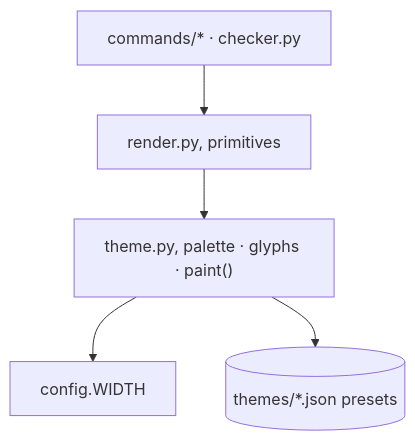
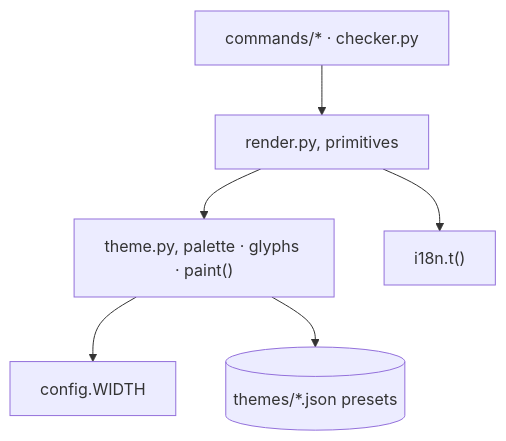
One commit to N041M/PyQuest changed the first of 4 diagrams in docs/diagrams/visuals.md. Above: the diagram before and after it, drawn with Mermaid. The commit also changed other lines of this file and 2 other files, not shown here.

Commit message:
render: absorb the theme swatch into the visual layer

````diff
--- a/docs/diagrams/visuals.md
+++ b/docs/diagrams/visuals.md
@@ -8,7 +9,8 @@
 ```mermaid
 flowchart TB
     cmds["commands/* · checker.py"] --> render
     render["render.py, primitives"] --> theme
+    render --> i18n["i18n.t()"]
     theme["theme.py, palette · glyphs · paint()"] --> config["config.WIDTH"]
     theme --> themesdir[("themes/*.json presets")]
 ```
````
